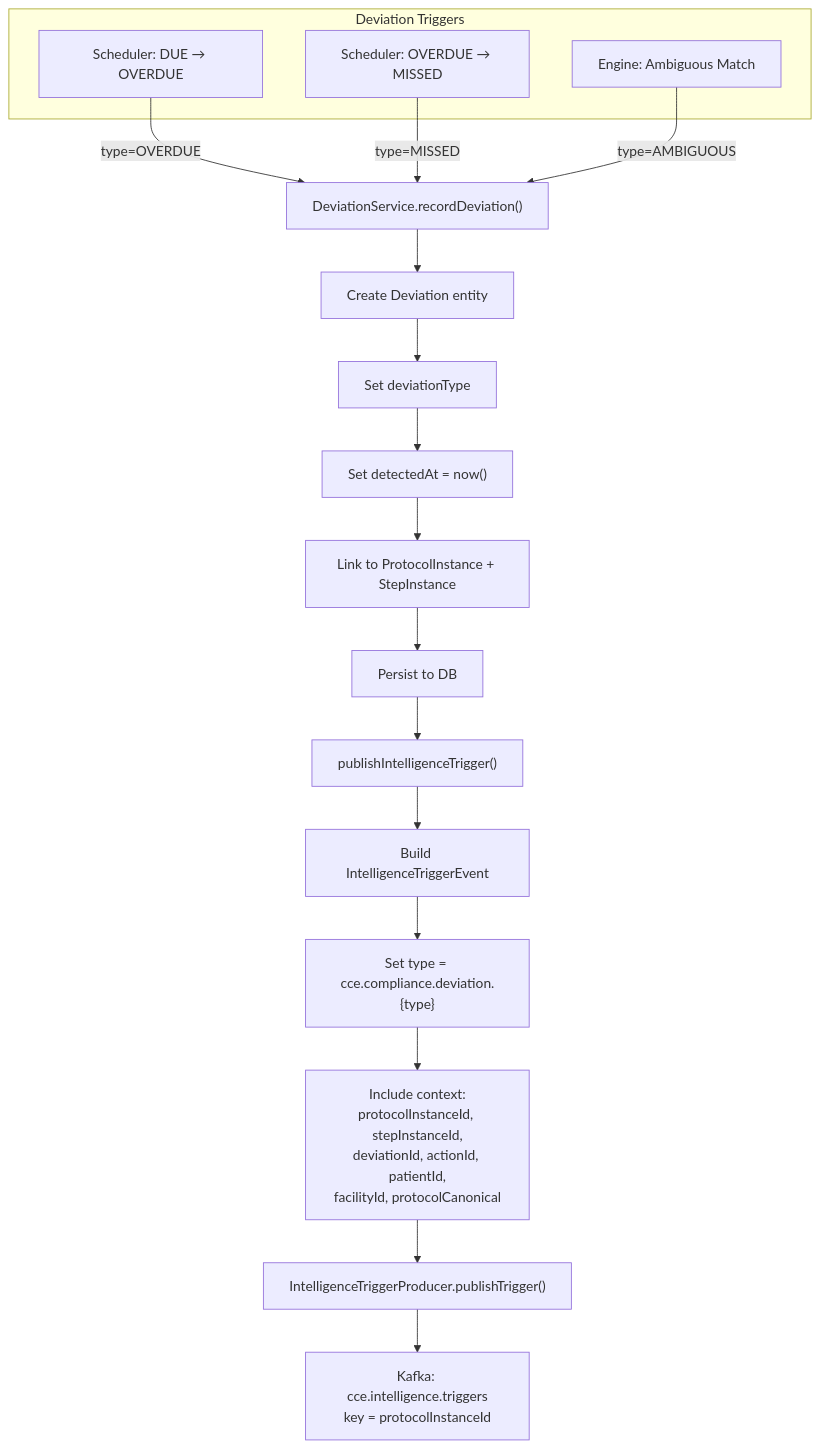
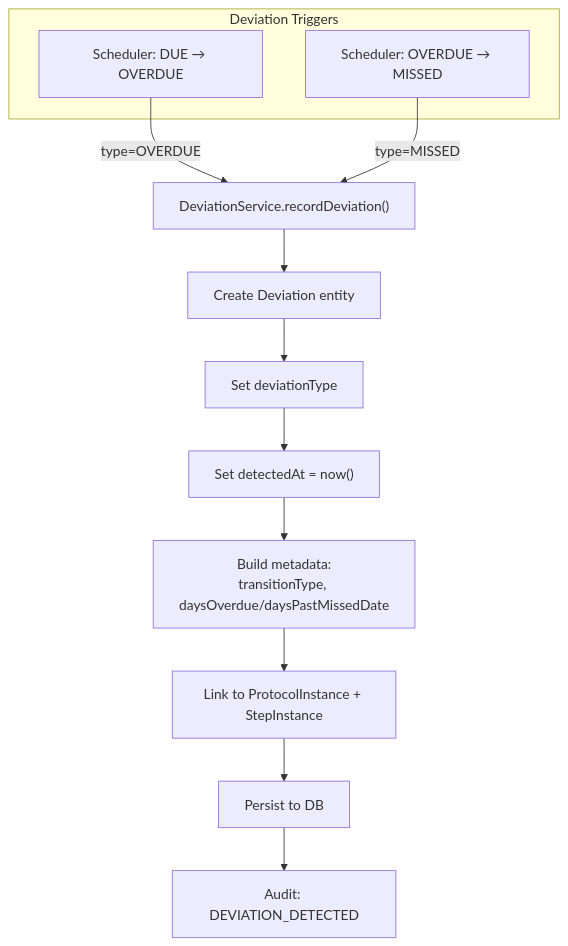
The fifth of 7 diagrams in docs/flow-diagrams.md (Jayaprakash8887/cce-compliance-service), drawn with Mermaid before and after one commit. The commit also changed other lines of this file and 9 other files, not shown here.

Commit message:
Feat #CCE-74: DeviationService

````diff
--- a/docs/flow-diagrams.md
+++ b/docs/flow-diagrams.md
@@ -273,26 +256,19 @@
 ```mermaid
 flowchart TD
     subgraph "Deviation Triggers"
         T1["Scheduler: DUE → OVERDUE"]
         T2["Scheduler: OVERDUE → MISSED"]
-        T3["Engine: Ambiguous Match"]
     end
 
     T1 -->|"type=OVERDUE"| RD
     T2 -->|"type=MISSED"| RD
-    T3 -->|"type=AMBIGUOUS"| RD
 
     RD["DeviationService.recordDeviation()"]
     RD --> D1["Create Deviation entity"]
     D1 --> D2["Set deviationType"]
     D2 --> D3["Set detectedAt = now()"]
-    D3 --> D4["Link to ProtocolInstance + StepInstance"]
-    D4 --> D5["Persist to DB"]
-
-    D5 --> PUB["publishIntelligenceTrigger()"]
-    PUB --> E1["Build IntelligenceTriggerEvent"]
-    E1 --> E2["Set type = cce.compliance.deviation.{type}"]
-    E2 --> E3["Include context:<br/>protocolInstanceId, stepInstanceId,<br/>deviationId, actionId, patientId,<br/>facilityId, protocolCanonical"]
-    E3 --> E4["IntelligenceTriggerProducer.publishTrigger()"]
-    E4 --> KAFKA["Kafka: cce.intelligence.triggers<br/>key = protocolInstanceId"]
+    D3 --> D4["Build metadata:<br/>transitionType, daysOverdue/daysPastMissedDate"]
+    D4 --> D5["Link to ProtocolInstance + StepInstance"]
+    D5 --> D6["Persist to DB"]
+    D6 --> D7["Audit: DEVIATION_DETECTED"]
 ```
````
